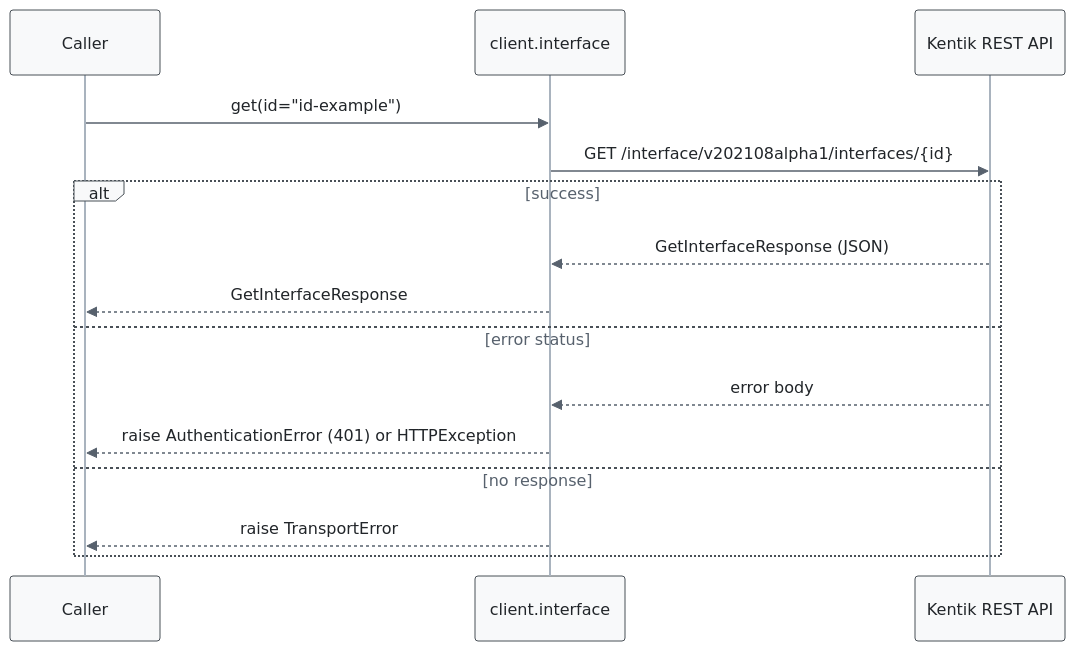
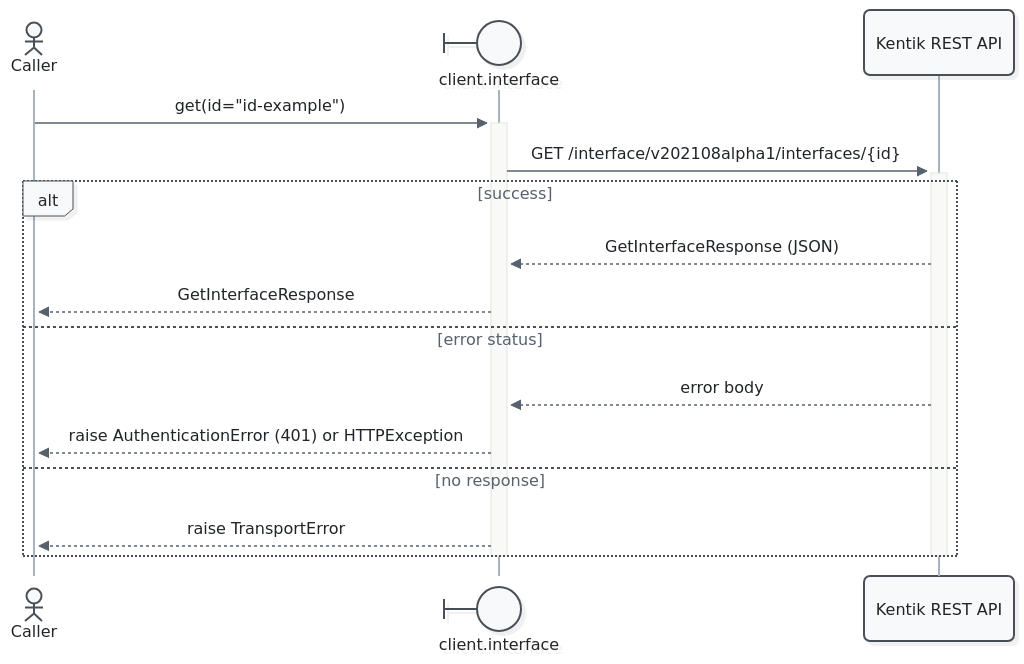
The fifth of 13 diagrams in docs/sphinx/services/interface.md (alexdearaujo/community_sdk_python), drawn with Mermaid before and after one commit. The commit also changed other lines of this file and 52 other files, not shown here.

First line of the commit message:
docs: Mermaid 12 sequence diagrams with participant types and path colors

````diff
--- a/docs/sphinx/services/interface.md
+++ b/docs/sphinx/services/interface.md
@@ -194,19 +204,21 @@
 ```mermaid
-%%{init: {"theme": "base", "fontFamily": "ui-monospace, SFMono-Regular, Menlo, monospace", "themeVariables": {"fontFamily": "ui-monospace, SFMono-Regular, Menlo, monospace", "primaryColor": "#f8f9fa", "primaryBorderColor": "#495057", "primaryTextColor": "#212529", "textColor": "#212529", "lineColor": "#77818c", "edgeLabelBackground": "#ffffff", "actorBkg": "#f8f9fa", "actorBorder": "#495057", "actorTextColor": "#212529", "actorLineColor": "#a9b3be", "signalColor": "#57616d", "signalTextColor": "#212529", "labelBoxBkgColor": "#f8f9fa", "labelBoxBorderColor": "#495057", "labelTextColor": "#212529", "loopTextColor": "#57616d", "noteBkgColor": "#fff9db", "noteBorderColor": "#f08c00", "noteTextColor": "#a35a00"}, "flowchart": {"curve": "step", "nodeSpacing": 30, "rankSpacing": 70, "wrappingWidth": 400}}}%%
+%%{init: {"theme": "redux", "look": "neo", "layout": "dagre", "fontFamily": "ui-monospace, SFMono-Regular, Menlo, monospace", "themeVariables": {"fontFamily": "ui-monospace, SFMono-Regular, Menlo, monospace", "primaryColor": "#f8f9fa", "primaryBorderColor": "#495057", "primaryTextColor": "#212529", "textColor": "#212529", "lineColor": "#77818c", "edgeLabelBackground": "#ffffff", "actorBkg": "#f8f9fa", "actorBorder": "#495057", "actorTextColor": "#212529", "actorLineColor": "#a9b3be", "signalColor": "#57616d", "signalTextColor": "#212529", "labelBoxBkgColor": "#f8f9fa", "labelBoxBorderColor": "#495057", "labelTextColor": "#212529", "loopTextColor": "#57616d", "noteBkgColor": "#fff9db", "noteBorderColor": "#f08c00", "noteTextColor": "#a35a00"}, "sequence": {"activationWidth": 16}, "flowchart": {"curve": "step", "nodeSpacing": 30, "rankSpacing": 70, "wrappingWidth": 400}}}%%
 sequenceDiagram
-    participant C as Caller
-    participant W as client.interface
+    actor C as Caller
+    participant W@{ "type": "boundary" } as client.interface
     participant API as Kentik REST API
 
-    C->>W: get(id="id-example")
-    W->>API: GET /interface/v202108alpha1/interfaces/{id}
+    C->>+W: get(id="id-example")
+    W->>+API: GET /interface/v202108alpha1/interfaces/{id}
     alt success
         API-->>W: GetInterfaceResponse (JSON)
         W-->>C: GetInterfaceResponse
     else error status
         API-->>W: error body
         W-->>C: raise AuthenticationError (401) or HTTPException
     else no response
         W-->>C: raise TransportError
     end
+    deactivate API
+    deactivate W
 ```
````
